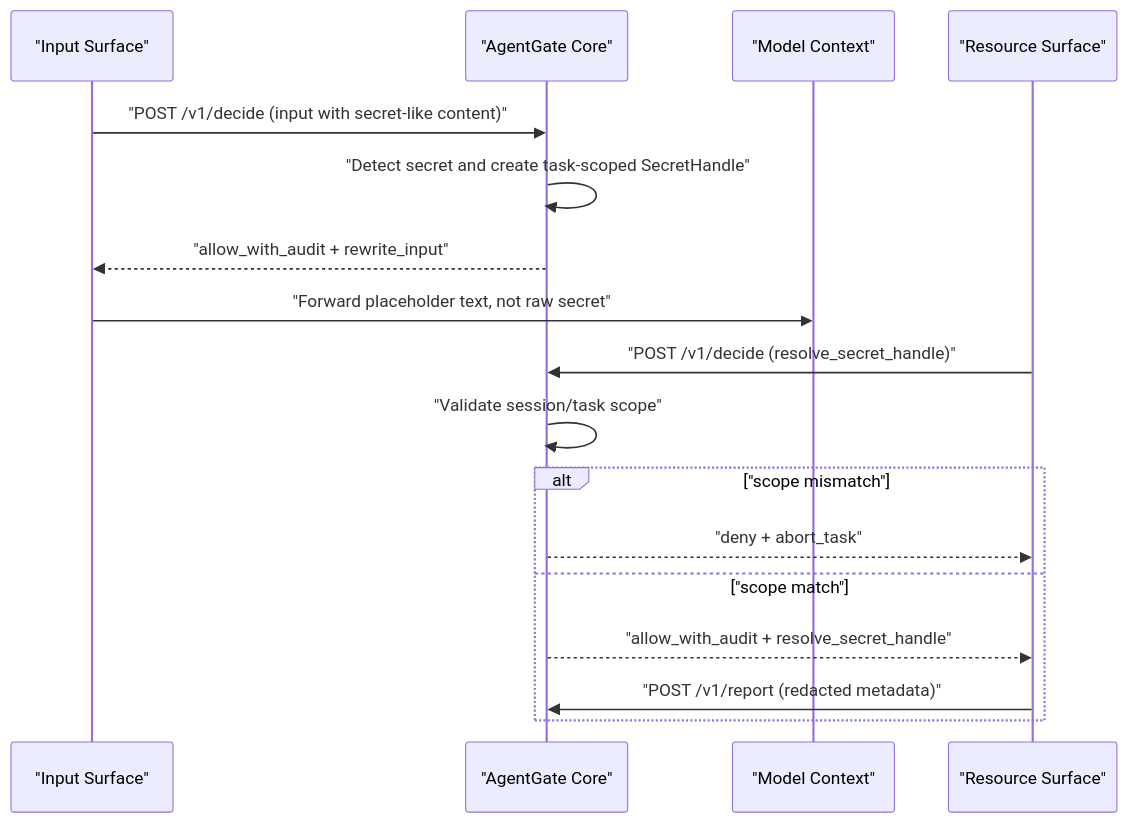
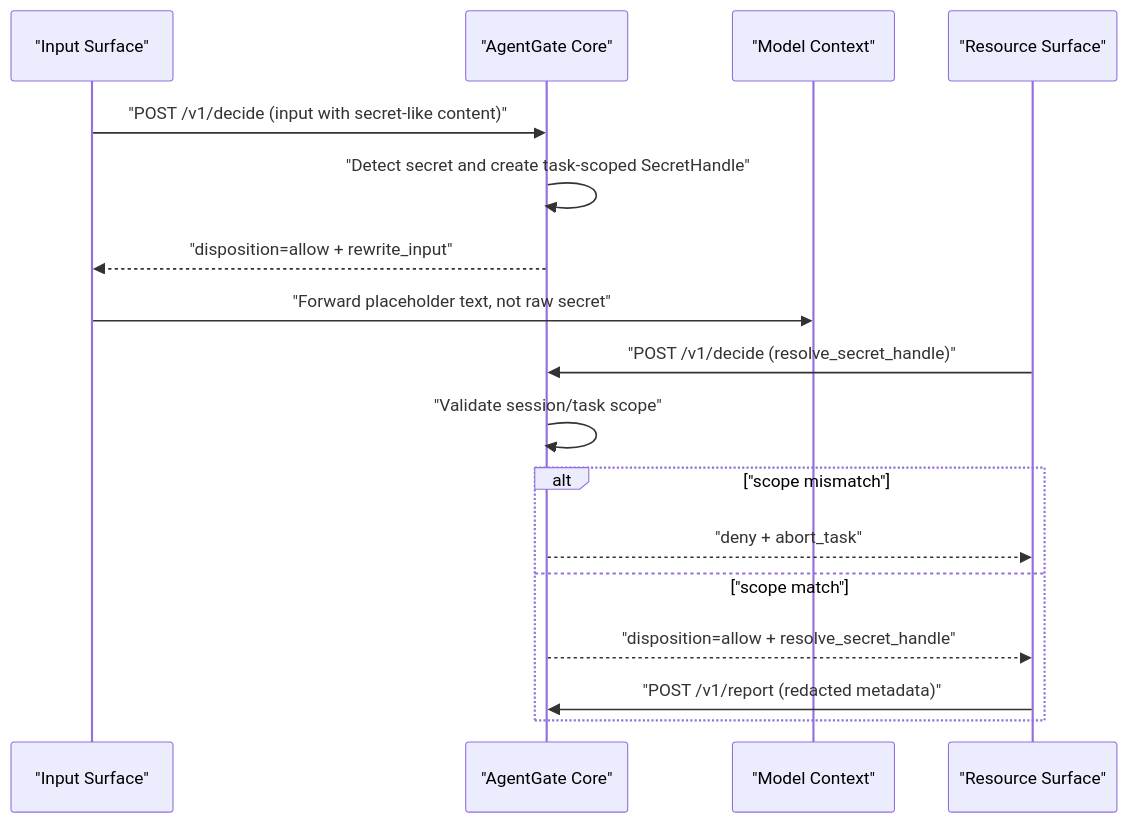
Before and after one commit to nkanf-dev/AgentGate: the second of 5 diagrams in README.md, drawn with Mermaid. The commit also changed other lines of this file and 42 other files, not shown here.

````diff
--- a/README.md
+++ b/README.md
@@ -78,21 +78,21 @@
 ```mermaid
 sequenceDiagram
   participant Input as "Input Surface"
   participant Core as "AgentGate Core"
   participant Model as "Model Context"
   participant Resource as "Resource Surface"
 
   Input->>Core: "POST /v1/decide (input with secret-like content)"
   Core->>Core: "Detect secret and create task-scoped SecretHandle"
-  Core-->>Input: "allow_with_audit + rewrite_input"
+  Core-->>Input: "disposition=allow + rewrite_input"
   Input->>Model: "Forward placeholder text, not raw secret"
 
   Resource->>Core: "POST /v1/decide (resolve_secret_handle)"
   Core->>Core: "Validate session/task scope"
   alt "scope mismatch"
     Core-->>Resource: "deny + abort_task"
   else "scope match"
-    Core-->>Resource: "allow_with_audit + resolve_secret_handle"
+    Core-->>Resource: "disposition=allow + resolve_secret_handle"
     Resource->>Core: "POST /v1/report (redacted metadata)"
   end
 ```
````
